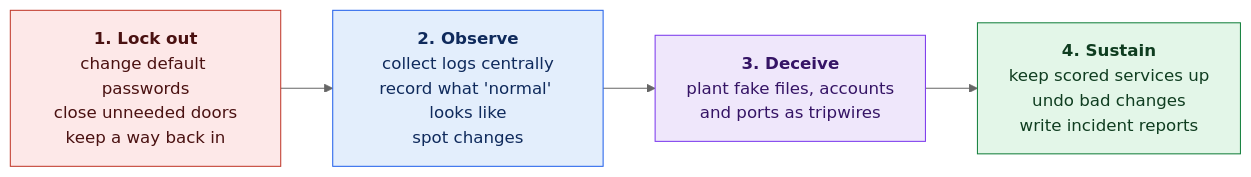
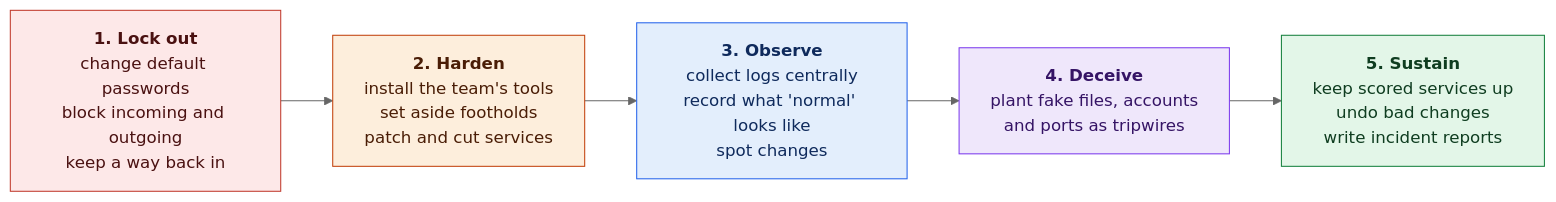
Before and after one commit to dotnetdork/Labyrinth: the first of 3 diagrams in docs/Overview.md, drawn with Mermaid (neutral theme). The commit also changed other lines of this file and 33 other files, not shown here.

````diff
--- a/docs/Overview.md
+++ b/docs/Overview.md
@@ -43,16 +44,19 @@
 ```mermaid
 flowchart LR
-    L["<b>1. Lock out</b><br/>change default passwords<br/>close unneeded doors<br/>keep a way back in"]
-    O["<b>2. Observe</b><br/>collect logs centrally<br/>record what 'normal' looks like<br/>spot changes"]
-    D["<b>3. Deceive</b><br/>plant fake files, accounts<br/>and ports as tripwires"]
-    S["<b>4. Sustain</b><br/>keep scored services up<br/>undo bad changes<br/>write incident reports"]
-    L --> O --> D --> S
+    L["<b>1. Lock out</b><br/>change default passwords<br/>block incoming and outgoing<br/>keep a way back in"]
+    H["<b>2. Harden</b><br/>install the team's tools<br/>set aside footholds<br/>patch and cut services"]
+    O["<b>3. Observe</b><br/>collect logs centrally<br/>record what 'normal' looks like<br/>spot changes"]
+    D["<b>4. Deceive</b><br/>plant fake files, accounts<br/>and ports as tripwires"]
+    S["<b>5. Sustain</b><br/>keep scored services up<br/>undo bad changes<br/>write incident reports"]
+    L --> H --> O --> D --> S
     classDef lockout fill:#fde8e8,stroke:#c0392b,color:#4a1111
+    classDef harden fill:#fdeedc,stroke:#c2410c,color:#4a1d06
     classDef observe fill:#e3eefc,stroke:#2563eb,color:#0f2a5c
     classDef deceive fill:#efe7fb,stroke:#7c3aed,color:#351465
     classDef sustain fill:#e3f6e8,stroke:#15803d,color:#0f3d20
     class L lockout
+    class H harden
     class O observe
     class D deceive
     class S sustain
 ```
````
